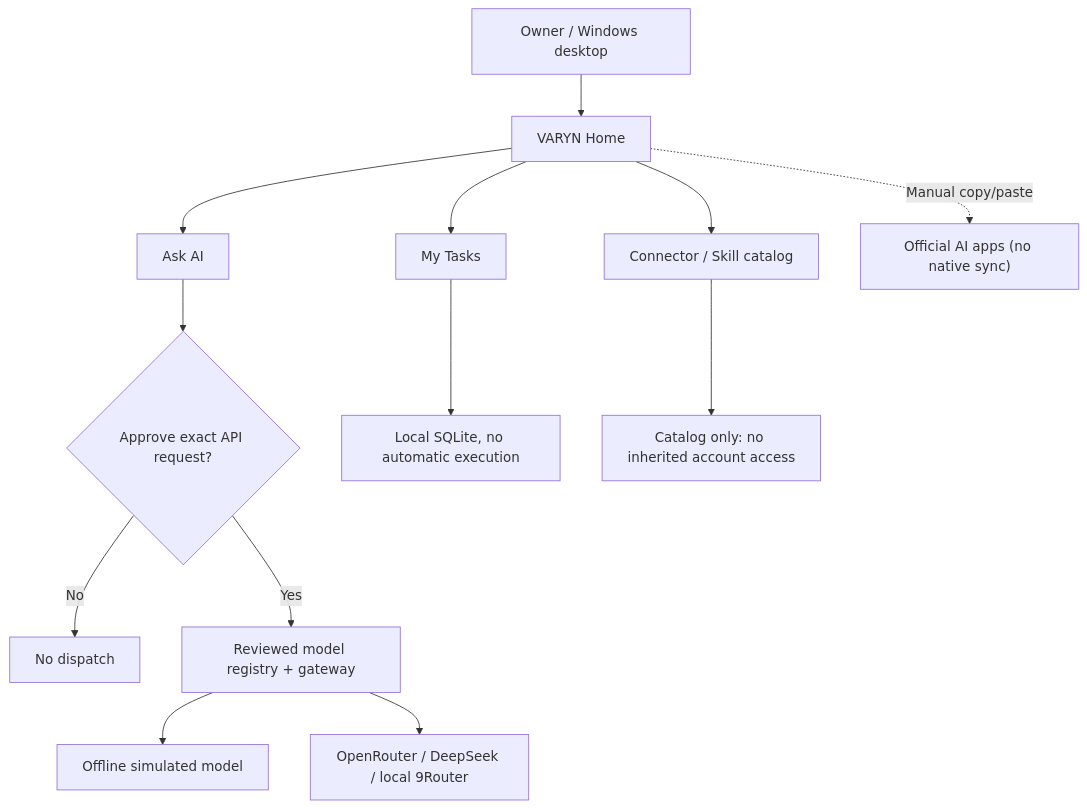
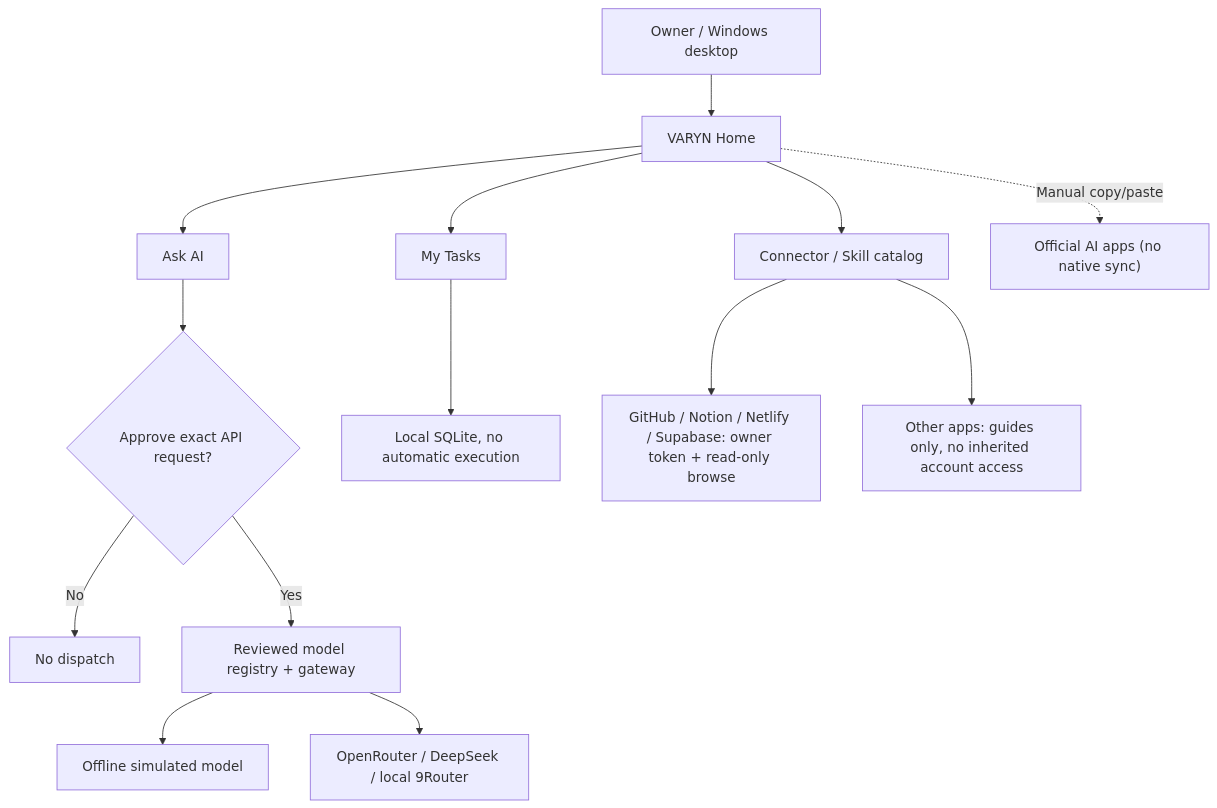
One commit to naraya07pedro-spec/VARYN changed the diagram in README.md. Above: the diagram before and after it, drawn with Mermaid. The commit also changed other lines of this file, not shown here.

````diff
--- a/README.md
+++ b/README.md
@@ -77,15 +83,16 @@
 ```mermaid
 flowchart TD
     Owner["Owner / Windows desktop"] --> Home["VARYN Home"]
     Home --> AI["Ask AI"]
     Home --> Tasks["My Tasks"]
     Home --> Dir["Connector / Skill catalog"]
     AI --> Consent{"Approve exact API request?"}
     Consent -- "No" --> Stop["No dispatch"]
     Consent -- "Yes" --> Gateway["Reviewed model registry + gateway"]
     Gateway --> Fake["Offline simulated model"]
     Gateway --> Providers["OpenRouter / DeepSeek / local 9Router"]
     Tasks --> SQLite["Local SQLite, no automatic execution"]
-    Dir --> Pending["Catalog only: no inherited account access"]
+    Dir --> Connected["GitHub / Notion / Netlify / Supabase: owner token + read-only browse"]
+    Dir --> Pending["Other apps: guides only, no inherited account access"]
     Home -. "Manual copy/paste" .-> Apps["Official AI apps (no native sync)"]
 ```
````
